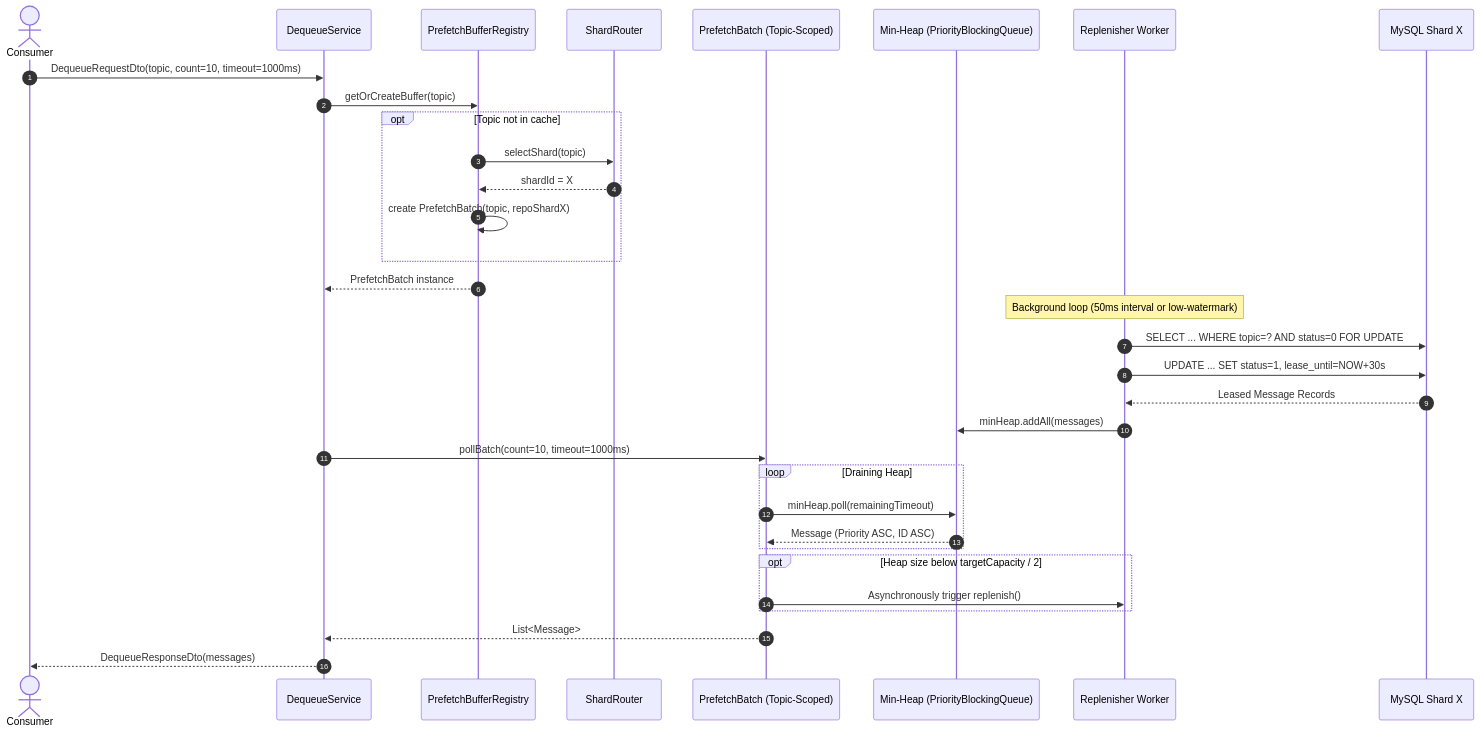
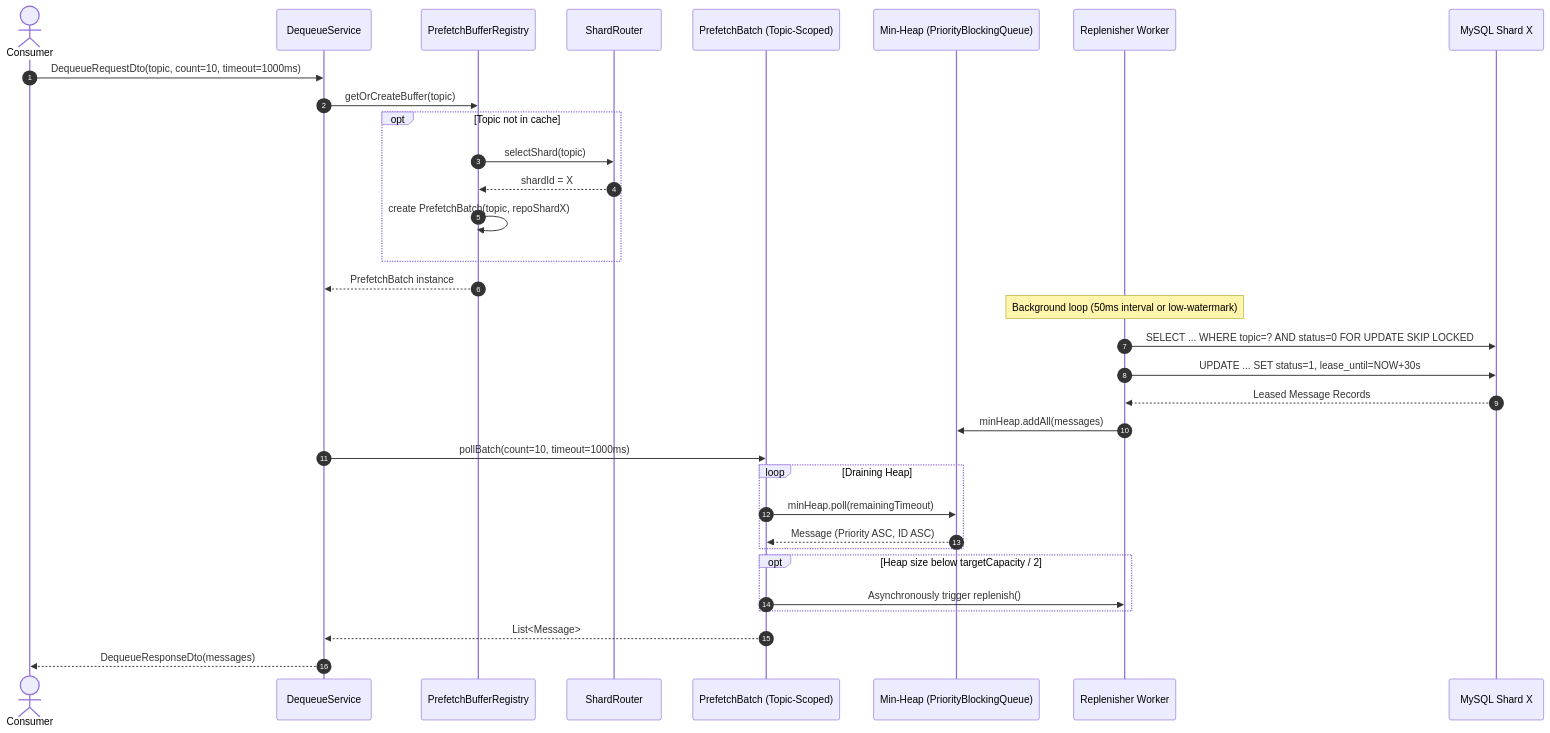
Before and after one commit to KhaiHust/FOQS: the sixth of 9 diagrams in DOCS.md, drawn with Mermaid. The commit also changed other lines of this file and 1 other file, not shown here.

Commit message:
docs: align index definition to (topic, status, priority, id, deliver_after) and FOR UPDATE SKIP LOCKED across all sections

````diff
--- a/DOCS.md
+++ b/DOCS.md
@@ -475,41 +483,41 @@
 ```mermaid
 sequenceDiagram
     autonumber
     actor Consumer
     participant DS as DequeueService
     participant Reg as PrefetchBufferRegistry
     participant SR as ShardRouter
     participant PB as PrefetchBatch (Topic-Scoped)
     participant Heap as Min-Heap (PriorityBlockingQueue)
     participant Worker as Replenisher Worker
     participant DB as MySQL Shard X
 
     Consumer->>DS: DequeueRequestDto(topic, count=10, timeout=1000ms)
     DS->>Reg: getOrCreateBuffer(topic)
     opt Topic not in cache
         Reg->>SR: selectShard(topic)
         SR-->>Reg: shardId = X
         Reg->>Reg: create PrefetchBatch(topic, repoShardX)
     end
     Reg-->>DS: PrefetchBatch instance
     
     Note over Worker: Background loop (50ms interval or low-watermark)
-    Worker->>DB: SELECT ... WHERE topic=? AND status=0 FOR UPDATE
+    Worker->>DB: SELECT ... WHERE topic=? AND status=0 FOR UPDATE SKIP LOCKED
     Worker->>DB: UPDATE ... SET status=1, lease_until=NOW+30s
     DB-->>Worker: Leased Message Records
     Worker->>Heap: minHeap.addAll(messages)
 
     DS->>PB: pollBatch(count=10, timeout=1000ms)
     
     loop Draining Heap
         PB->>Heap: minHeap.poll(remainingTimeout)
         Heap-->>PB: Message (Priority ASC, ID ASC)
     end
     
     opt Heap size below targetCapacity / 2
         PB->>Worker: Asynchronously trigger replenish()
     end
     
     PB-->>DS: List<Message>
     DS-->>Consumer: DequeueResponseDto(messages)
 ```
````
